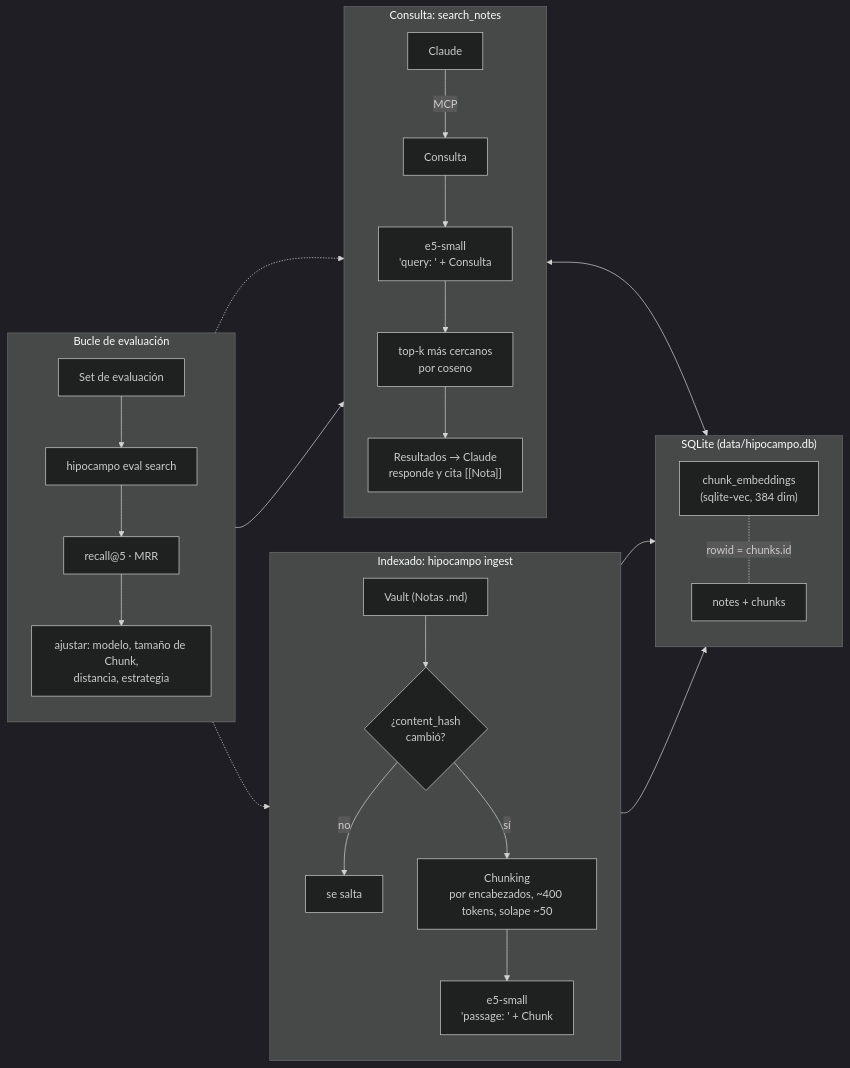
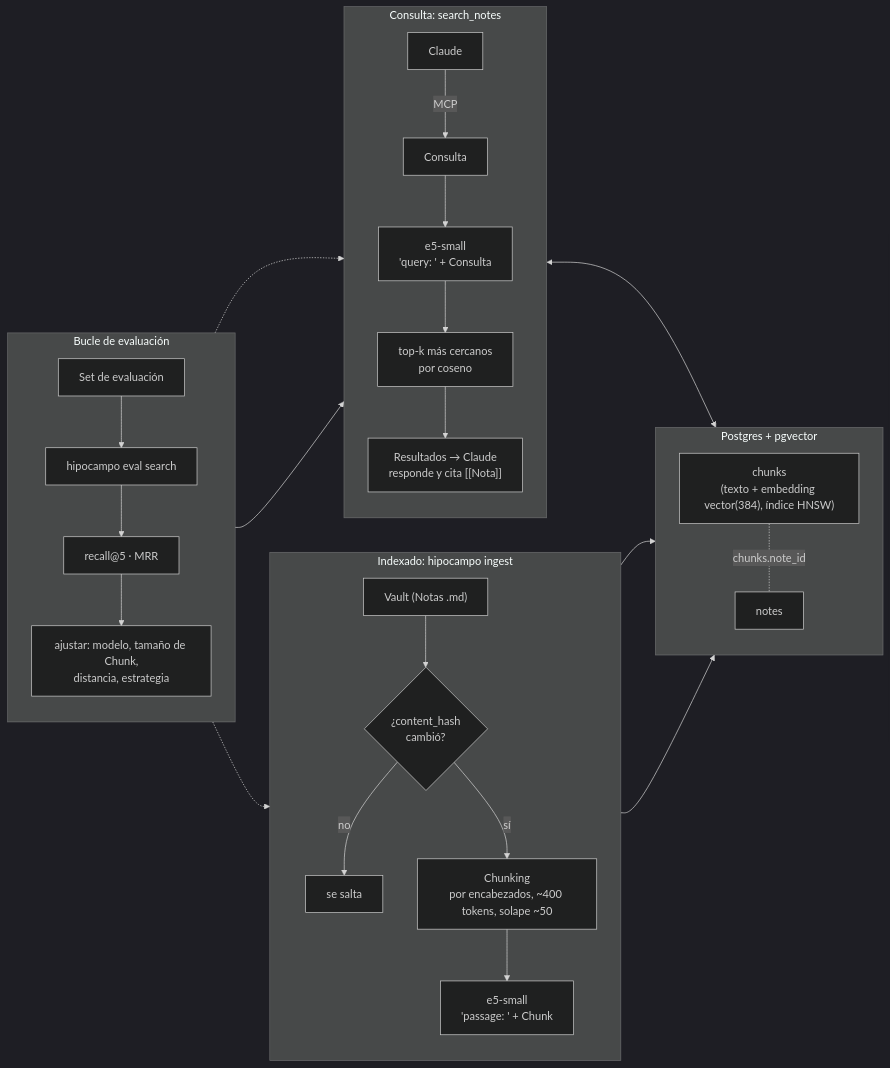
The second of 3 diagrams in README.md (alejanfh/hipocampo), drawn with Mermaid (dark theme) before and after one commit. The commit also changed other lines of this file and 4 other files, not shown here.

First line of the commit message:
Update README, SPEC, PLAN, CLAUDE.md and phase 0 notes for Postgres + pgvector

````diff
--- a/README.md
+++ b/README.md
@@ -177,40 +194,40 @@
 ```mermaid
 flowchart LR
     subgraph IDX["Indexado: hipocampo ingest"]
         direction TB
         V["Vault (Notas .md)"] --> H{"¿content_hash<br/>cambió?"}
         H -- no --> SKIP["se salta"]
         H -- sí --> CH["Chunking<br/>por encabezados, ~400 tokens, solape ~50"]
         CH --> EP["e5-small<br/>'passage: ' + Chunk"]
     end
 
-    subgraph DB["SQLite (data/hipocampo.db)"]
+    subgraph DB["Postgres + pgvector"]
         direction TB
-        N["notes + chunks"]
-        VEC["chunk_embeddings<br/>(sqlite-vec, 384 dim)"]
-        VEC -.-|"rowid = chunks.id"| N
+        N["notes"]
+        VEC["chunks<br/>(texto + embedding vector(384), índice HNSW)"]
+        VEC -.-|"chunks.note_id"| N
     end
 
     subgraph Q["Consulta: search_notes"]
         direction TB
         CL["Claude"] -->|MCP| S["Consulta"]
         S --> EQ["e5-small<br/>'query: ' + Consulta"]
         EQ --> KNN["top-k más cercanos<br/>por coseno"]
         KNN --> R["Resultados → Claude<br/>responde y cita [[Nota]]"]
     end
 
-    CH --> N
+    CH --> VEC
     EP --> VEC
     KNN <--> VEC
 
     subgraph EV["Bucle de evaluación"]
         direction TB
         SET["Set de evaluación"] --> RUN["hipocampo eval search"]
         RUN --> MET["recall@5 · MRR"]
         MET --> AJ["ajustar: modelo, tamaño de Chunk,<br/>distancia, estrategia"]
     end
 
     AJ -.-> CH
     AJ -.-> KNN
     RUN --> S
 ```
````
